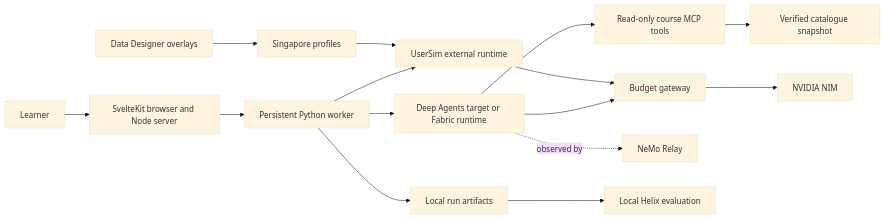
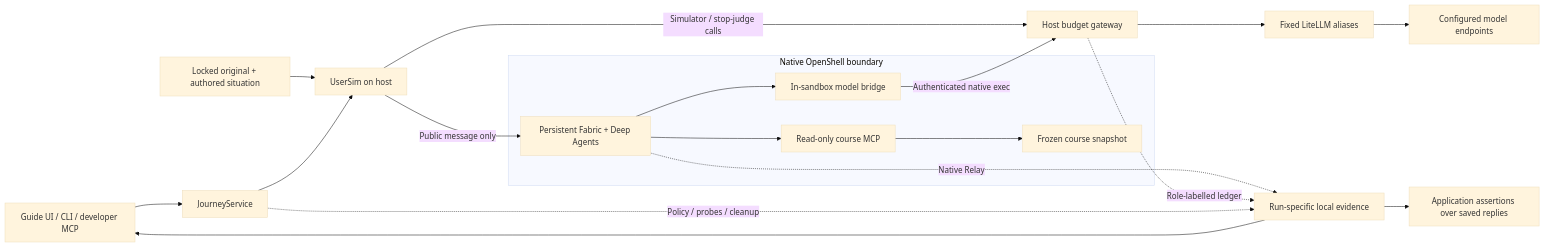
One commit to syseeker/persona-simulation-lab changed the diagram in docs/architecture.md. Above: the diagram before and after it, drawn with Mermaid (base theme). The commit also changed other lines of this file and 420 other files, not shown here.

````diff
--- a/docs/architecture.md
+++ b/docs/architecture.md
@@ -17,17 +13,21 @@
 ```mermaid
 flowchart LR
-  Learner --> Web[SvelteKit browser and Node server]
-  Web --> Worker[Persistent Python worker]
-  Worker --> Advisor[Deep Agents target or Fabric runtime]
-  Worker --> UserSim[UserSim external runtime]
-  Advisor --> MCP[Read-only course MCP tools]
-  MCP --> Catalogue[Verified catalogue snapshot]
-  Advisor --> Gateway[Budget gateway]
-  UserSim --> Gateway
-  Gateway --> NIM[NVIDIA NIM]
-  Profiles[Singapore profiles] --> UserSim
-  Designer[Data Designer overlays] --> Profiles
-  Advisor -. observed by .-> Relay[NeMo Relay]
-  Worker --> Artifacts[Local run artifacts]
-  Artifacts --> Helix[Local Helix evaluation]
+    UI[Guide UI / CLI / developer MCP] --> J[JourneyService]
+    P[Locked original + authored situation] --> U[UserSim on host]
+    J --> U
+    U -->|Public message only| F
+    subgraph S[Native OpenShell boundary]
+        F[Persistent Fabric + Deep Agents] --> M[Read-only course MCP]
+        M --> C[Frozen course snapshot]
+        F --> B[In-sandbox model bridge]
+    end
+    B -->|Authenticated native exec| G[Host budget gateway]
+    U -->|Simulator / stop-judge calls| G
+    G --> L[Fixed LiteLLM aliases]
+    L --> N[Configured model endpoints]
+    F -. Native Relay .-> E[Run-specific local evidence]
+    G -. Role-labelled ledger .-> E
+    J -. Policy / probes / cleanup .-> E
+    E --> A[Application assertions over saved replies]
+    E --> UI
 ```
````
